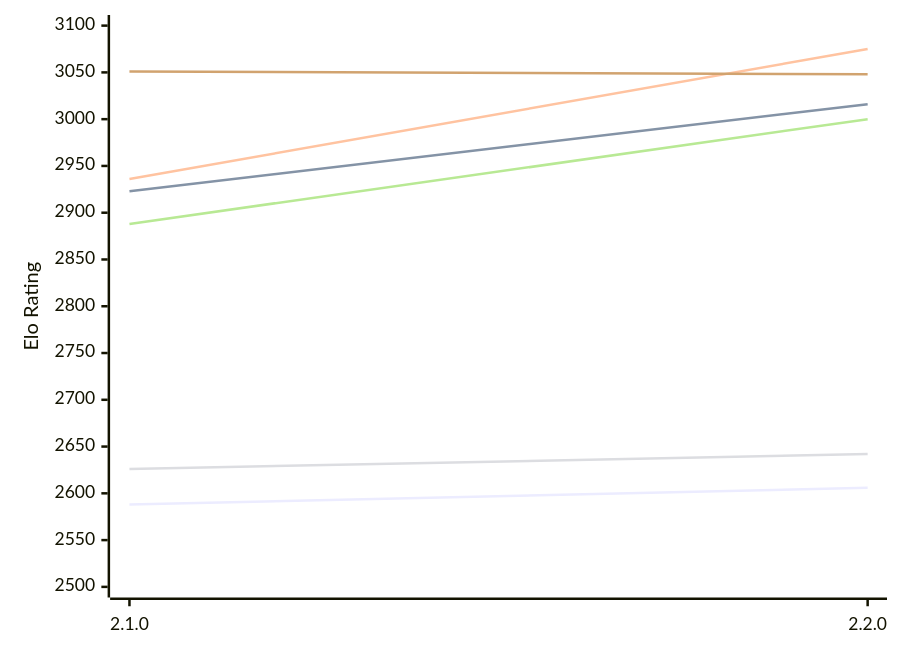
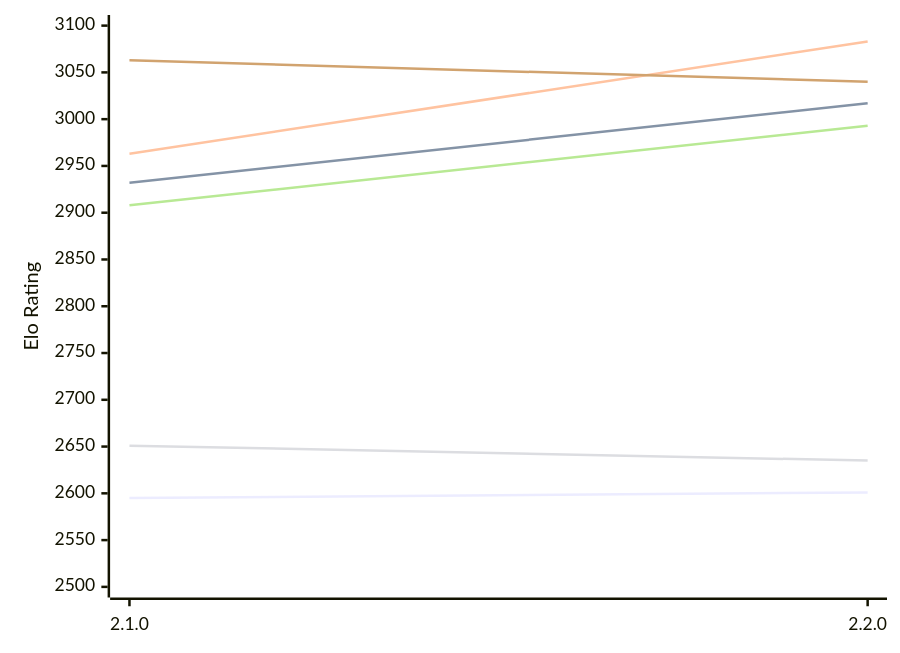
The first of 2 diagrams in engines/Aspen.md (computer-chess-index/cci), drawn with Mermaid before and after one commit. The commit also changed other lines of this file, not shown here.

Commit message:
Update CCI Ratings (ELO VLTC) - 2026-11-15

````diff
--- a/engines/Aspen.md
+++ b/engines/Aspen.md
@@ -52,12 +52,12 @@
 ```mermaid
 %%{init: {"theme":"base","themeVariables":{"seriesColors:['#a3a3a3','#222221','#faa371']}}}%%
 xychart-beta
   x-axis ["2.1.0", "2.2.0"]
   y-axis "Elo Rating" 2500 --> 3100
-  line "E1: STC (8.0+0.08s)" [2588, 2606]
-  line "E1: LTC (60.0+0.60s)" [2923, 3016]
-  line "E1: VLTC (2m24s+1.12s)" [2936, 3075]
-  line "P1: STC (8.0+0.08s)" [2626, 2642]
-  line "P1: LTC (60.0+0.60s)" [2888, 3000]
-  line "P1: VLTC (2m24s+1.12s)" [3051, 3048]
+  line "E1: STC (8.0+0.08s)" [2595, 2601]
+  line "E1: LTC (60.0+0.60s)" [2932, 3017]
+  line "E1: VLTC (2m24s+1.12s)" [2963, 3083]
+  line "P1: STC (8.0+0.08s)" [2651, 2635]
+  line "P1: LTC (60.0+0.60s)" [2908, 2993]
+  line "P1: VLTC (2m24s+1.12s)" [3063, 3040]
 ```
````
